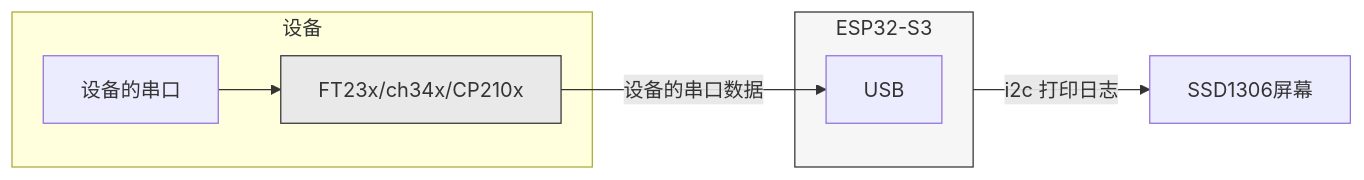
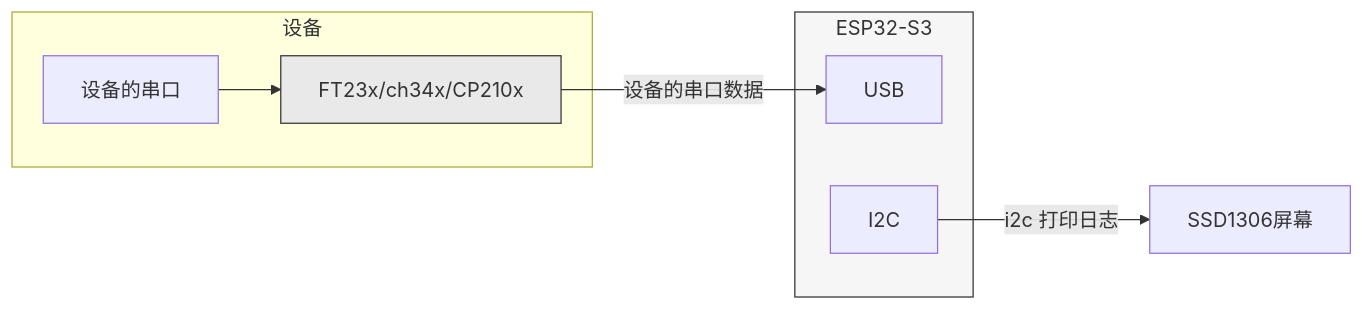
One commit to DBinK/espressif-demo changed the second of 2 diagrams in README.md. Above: the diagram before and after it, drawn with Mermaid.

Commit message:
修改兼容gitee 的mermaid语法

````diff
--- a/README.md
+++ b/README.md
@@ -73,21 +73,21 @@
 ```mermaid
 graph LR
   subgraph ESP32-S3
     USB[USB]
-    
+    I2C
   end
 	i2cs[SSD1306屏幕]
  subgraph 设备
   DeviceUSBSerial[FT23x/ch34x/CP210x]
   URAT[设备的串口]
 end
 DeviceUSBSerial -->|设备的串口数据|USB 
 URAT --> DeviceUSBSerial
-ESP32-S3 -->|i2c 打印日志| i2cs
+I2C -->|i2c 打印日志| i2cs
 classDef Default_ fill:#f6f6f6,stroke:#333,stroke-width:1px;
 classDef nested fill:#e9e9e9,stroke:#333,stroke-width:1px;
 
 class ESP32-S3, Default_
 class Device, Default_
 class DeviceUSBSerial, nested
 ```
````
